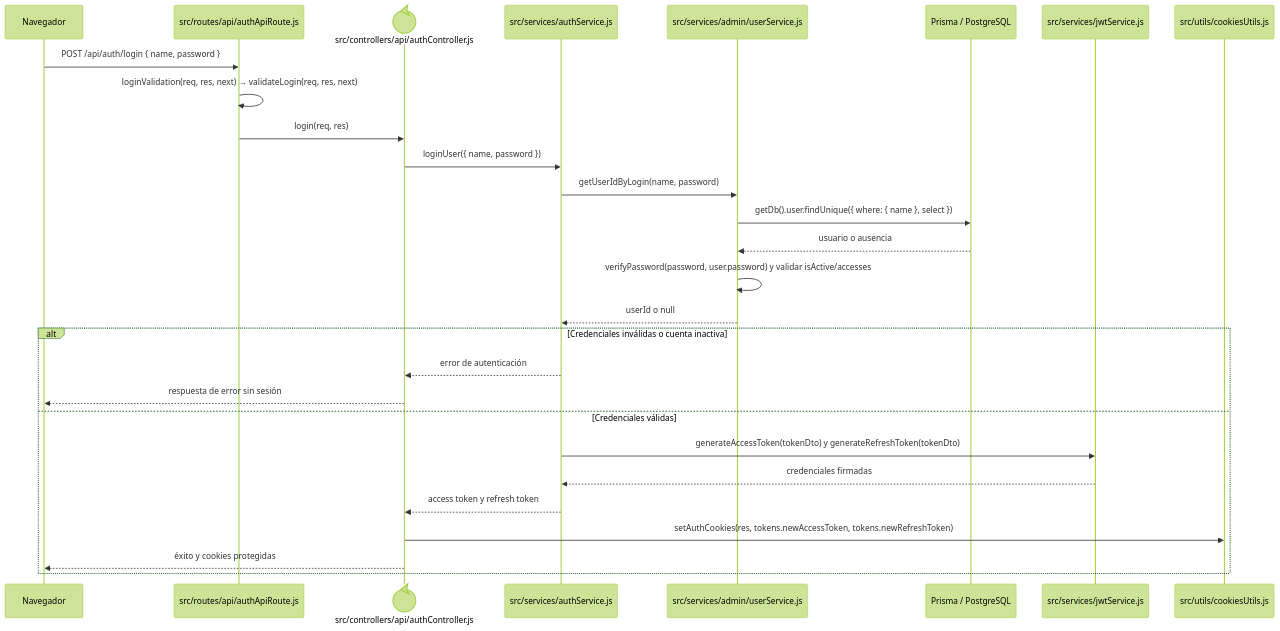
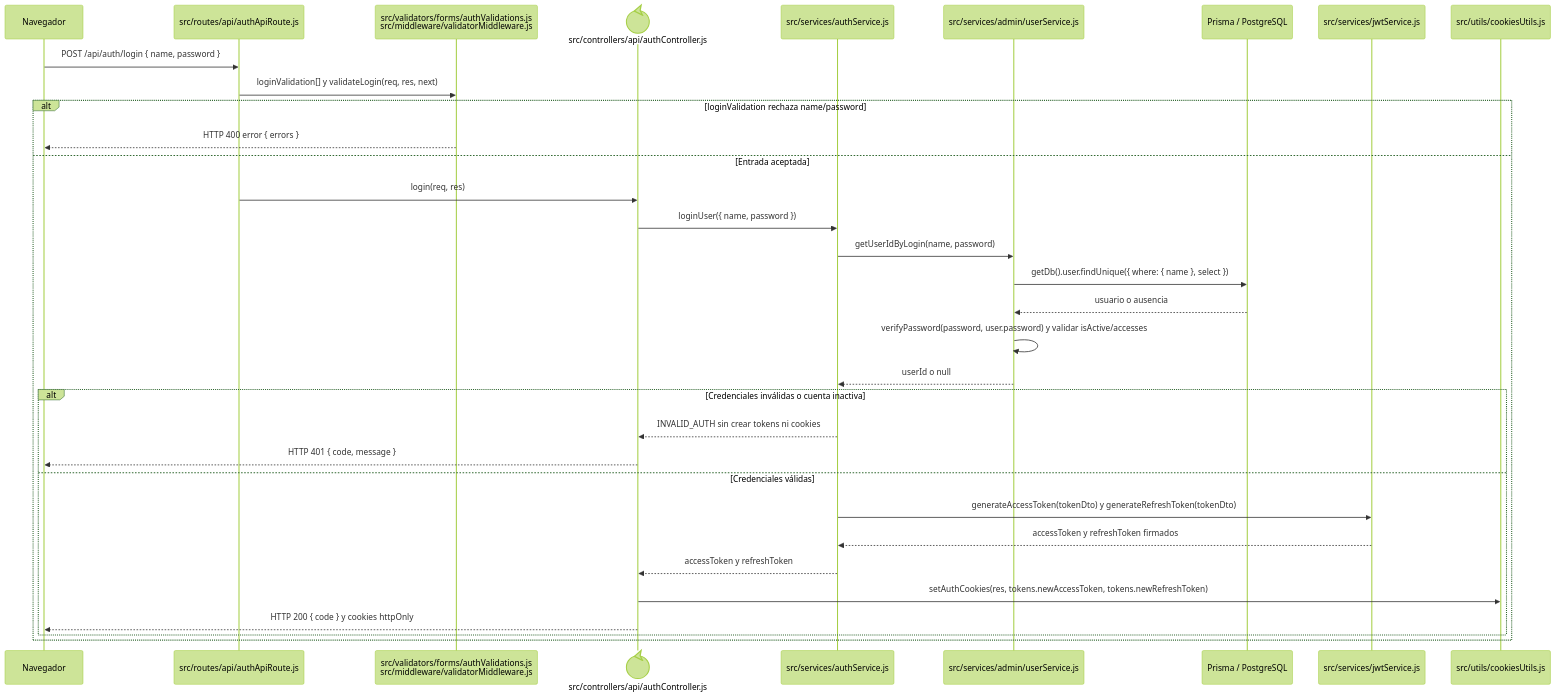
The diagram in docs/architecture/backend-code-sequences/authentication/cu-aut-01.md (gpgsistemas01/nexus), drawn with Mermaid (forest theme) before and after one commit. The commit also changed other lines of this file and 102 other files, not shown here.

Commit message:
docs: validar llamadas de secuencia sin lista genérica

````diff
--- a/docs/architecture/backend-code-sequences/authentication/cu-aut-01.md
+++ b/docs/architecture/backend-code-sequences/authentication/cu-aut-01.md
@@ -6,31 +6,36 @@
 ```mermaid
 sequenceDiagram
     participant Browser as Navegador
     participant Router as src/routes/api/authApiRoute.js
+    participant Validator as src/validators/forms/authValidations.js<br/>src/middleware/validatorMiddleware.js
     participant Controller@{ "type": "control" } as src/controllers/api/authController.js
     participant Service as src/services/authService.js
     participant User as src/services/admin/userService.js
     participant Prisma as Prisma / PostgreSQL
     participant Token as src/services/jwtService.js
     participant Cookies as src/utils/cookiesUtils.js
 
     Browser->>Router: POST /api/auth/login { name, password }
-    Router->>Router: loginValidation(req, res, next) → validateLogin(req, res, next)
-    Router->>Controller: login(req, res)
-    Controller->>Service: loginUser({ name, password })
-    Service->>User: getUserIdByLogin(name, password)
-    User->>Prisma: getDb().user.findUnique({ where: { name }, select })
-    Prisma-->>User: usuario o ausencia
-    User->>User: verifyPassword(password, user.password) y validar isActive/accesses
-    User-->>Service: userId o null
-    alt Credenciales inválidas o cuenta inactiva
-        Service-->>Controller: error de autenticación
-        Controller-->>Browser: respuesta de error sin sesión
-    else Credenciales válidas
-        Service->>Token: generateAccessToken(tokenDto) y generateRefreshToken(tokenDto)
-        Token-->>Service: credenciales firmadas
-        Service-->>Controller: access token y refresh token
-        Controller->>Cookies: setAuthCookies(res, tokens.newAccessToken, tokens.newRefreshToken)
-        Controller-->>Browser: éxito y cookies protegidas
+    Router->>Validator: loginValidation[] y validateLogin(req, res, next)
+    alt loginValidation rechaza name/password
+        Validator-->>Browser: HTTP 400 error { errors }
+    else Entrada aceptada
+        Router->>Controller: login(req, res)
+        Controller->>Service: loginUser({ name, password })
+        Service->>User: getUserIdByLogin(name, password)
+        User->>Prisma: getDb().user.findUnique({ where: { name }, select })
+        Prisma-->>User: usuario o ausencia
+        User->>User: verifyPassword(password, user.password) y validar isActive/accesses
+        User-->>Service: userId o null
+        alt Credenciales inválidas o cuenta inactiva
+            Service-->>Controller: INVALID_AUTH sin crear tokens ni cookies
+            Controller-->>Browser: HTTP 401 { code, message }
+        else Credenciales válidas
+            Service->>Token: generateAccessToken(tokenDto) y generateRefreshToken(tokenDto)
+            Token-->>Service: accessToken y refreshToken firmados
+            Service-->>Controller: accessToken y refreshToken
+            Controller->>Cookies: setAuthCookies(res, tokens.newAccessToken, tokens.newRefreshToken)
+            Controller-->>Browser: HTTP 200 { code } y cookies httpOnly
+        end
     end
 ```
````
